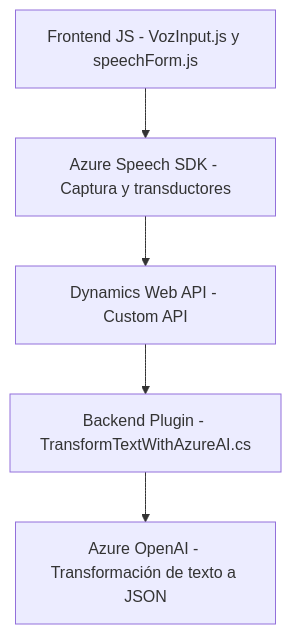
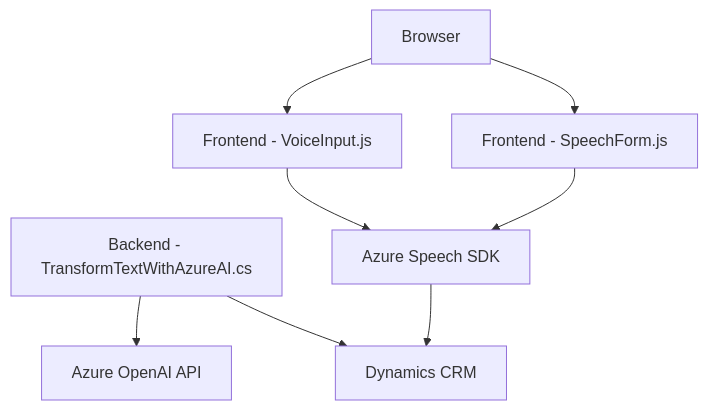
The diagram in README.md (blopezdm/NETCORE_BILBAO2025), drawn with Mermaid before and after one commit. The commit also changed other lines of this file, not shown here.

````diff
--- a/README.md
+++ b/README.md
@@ -22,13 +42,18 @@
 ```mermaid
 graph TD
-    A["Frontend JS - VozInput.js y speechForm.js"]
-    B["Azure Speech SDK - Captura y transductores"]
-    C["Dynamics Web API - Custom API"]
-    D["Backend Plugin - TransformTextWithAzureAI.cs"]
-    E["Azure OpenAI - Transformación de texto a JSON"]
+    A["Frontend - VoiceInput.js"]
+    B["Frontend - SpeechForm.js"]
+    C["Backend - TransformTextWithAzureAI.cs"]
+    D["Azure Speech SDK"]
+    E["Azure OpenAI API"]
+    F["Dynamics CRM"]
+    G["Browser"]
 
-    A-->B
-    B-->C
-    C-->D
-    D-->E
+    G --> A
+    G --> B
+    A --> D
+    B --> D
+    C --> E
+    C --> F
+    D --> F
 ```
````
